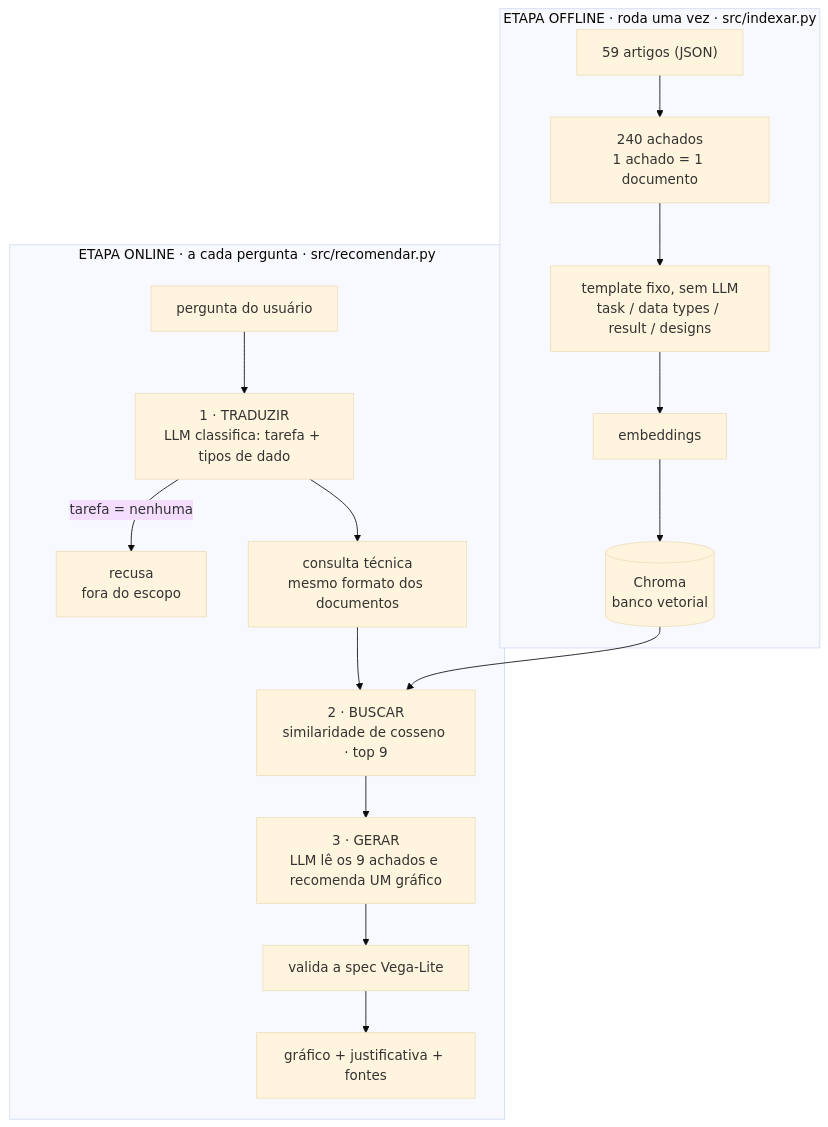
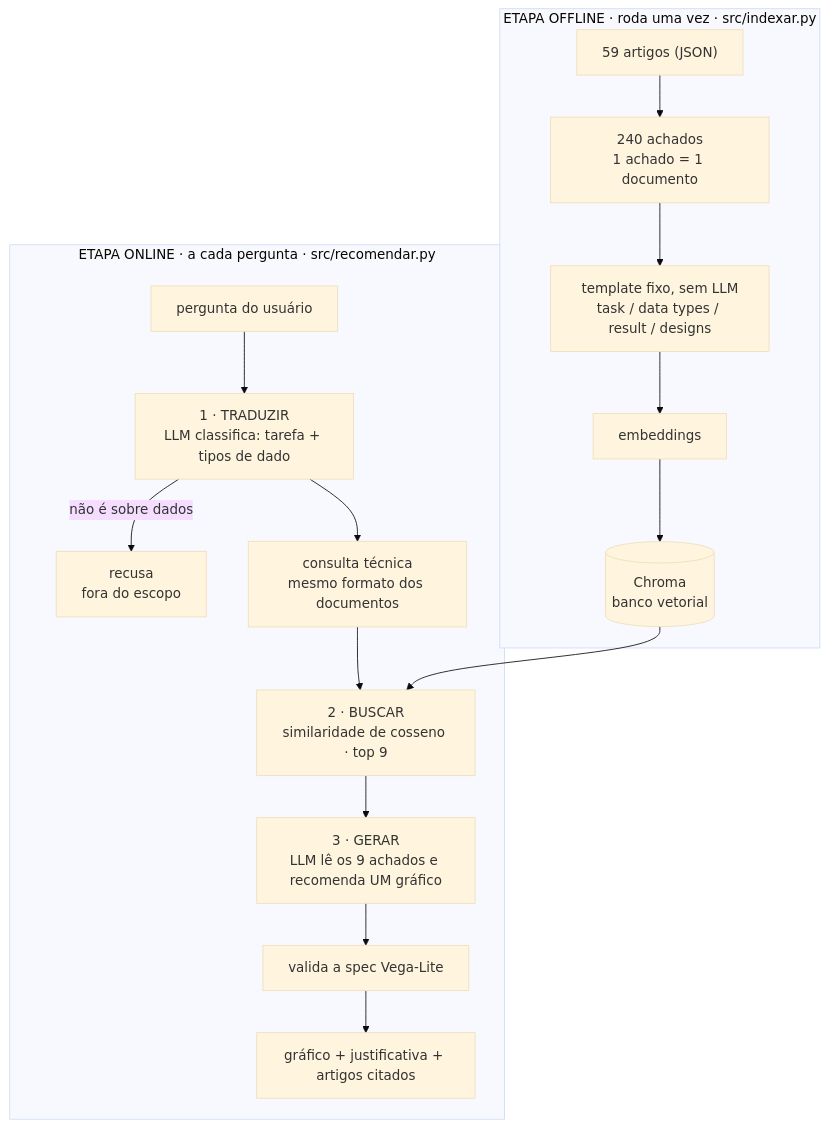
One commit to karibeam/Viz_rec_rag changed the diagram in README.md. Above: the diagram before and after it, drawn with Mermaid (base theme). The commit also changed other lines of this file, not shown here.

Commit message:
Atualiza o README: regra de recusa, interface e limitacoes conhecidas

````diff
--- a/README.md
+++ b/README.md
@@ -40,20 +40,20 @@
 ```mermaid
 flowchart TD
     subgraph OFF["ETAPA OFFLINE · roda uma vez · src/indexar.py"]
         A["59 artigos (JSON)"] --> B["240 achados<br/>1 achado = 1 documento"]
         B --> C["template fixo, sem LLM<br/>task / data types / result / designs"]
         C --> D["embeddings"]
         D --> E[("Chroma<br/>banco vetorial")]
     end
 
     subgraph ON["ETAPA ONLINE · a cada pergunta · src/recomendar.py"]
         P["pergunta do usuário"] --> T["1 · TRADUZIR<br/>LLM classifica: tarefa + tipos de dado"]
-        T -->|"tarefa = nenhuma"| X["recusa<br/>fora do escopo"]
+        T -->|"não é sobre dados"| X["recusa<br/>fora do escopo"]
         T --> Q["consulta técnica<br/>mesmo formato dos documentos"]
         Q --> S["2 · BUSCAR<br/>similaridade de cosseno · top 9"]
         E --> S
         S --> G["3 · GERAR<br/>LLM lê os 9 achados e recomenda UM gráfico"]
         G --> V["valida a spec Vega-Lite"]
-        V --> R["gráfico + justificativa + fontes"]
+        V --> R["gráfico + justificativa + artigos citados"]
     end
 ```
````
